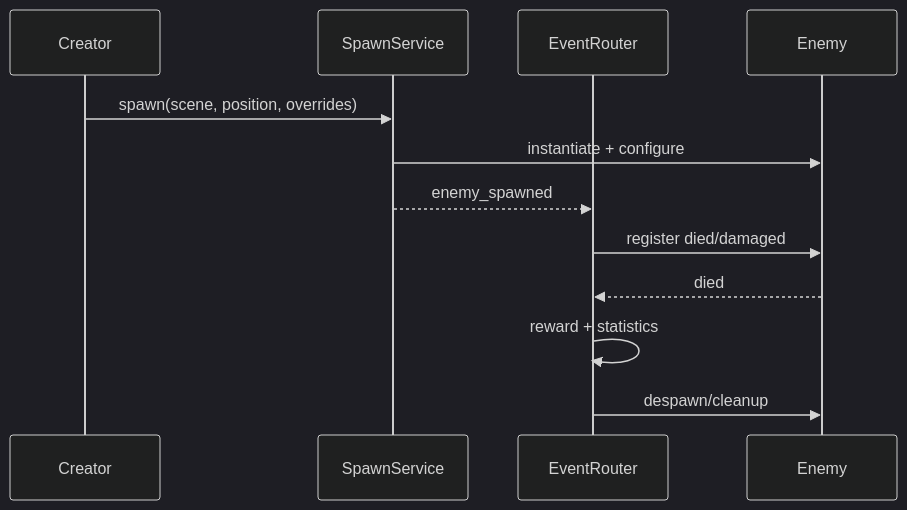
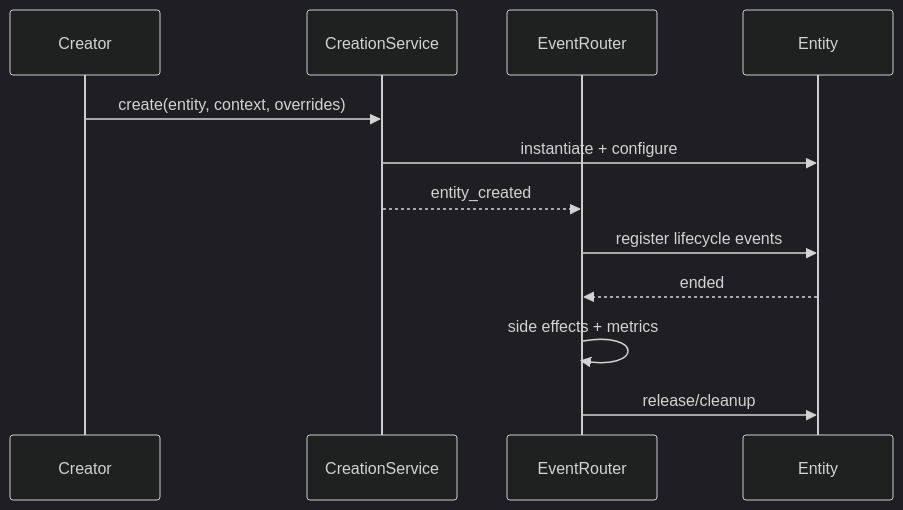
One commit to wenxpro/skills changed the second of 2 diagrams in design-stage/references/diagram-playbook.md. Above: the diagram before and after it, drawn with Mermaid (dark theme). The commit also changed other lines of this file and 10 other files, not shown here.

````diff
--- a/design-stage/references/diagram-playbook.md
+++ b/design-stage/references/diagram-playbook.md
@@ -144,14 +144,14 @@
 ```mermaid
 sequenceDiagram
     participant C as Creator
-    participant S as SpawnService
+    participant S as CreationService
     participant R as EventRouter
-    participant E as Enemy
-    C->>S: spawn(scene, position, overrides)
+    participant E as Entity
+    C->>S: create(entity, context, overrides)
     S->>E: instantiate + configure
-    S-->>R: enemy_spawned
-    R->>E: register died/damaged
-    E-->>R: died
-    R->>R: reward + statistics
-    R->>E: despawn/cleanup
+    S-->>R: entity_created
+    R->>E: register lifecycle events
+    E-->>R: ended
+    R->>R: side effects + metrics
+    R->>E: release/cleanup
 ```
````
